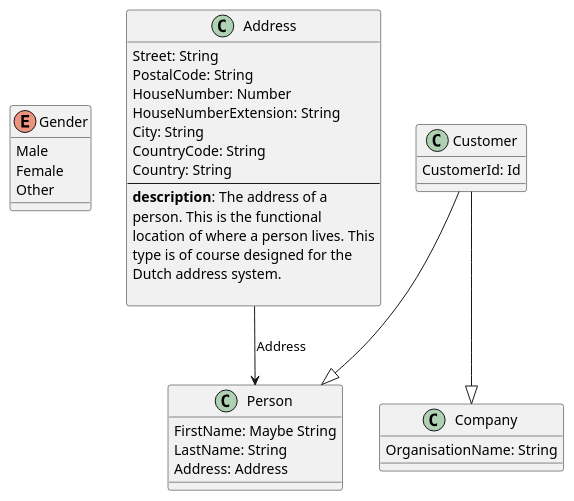
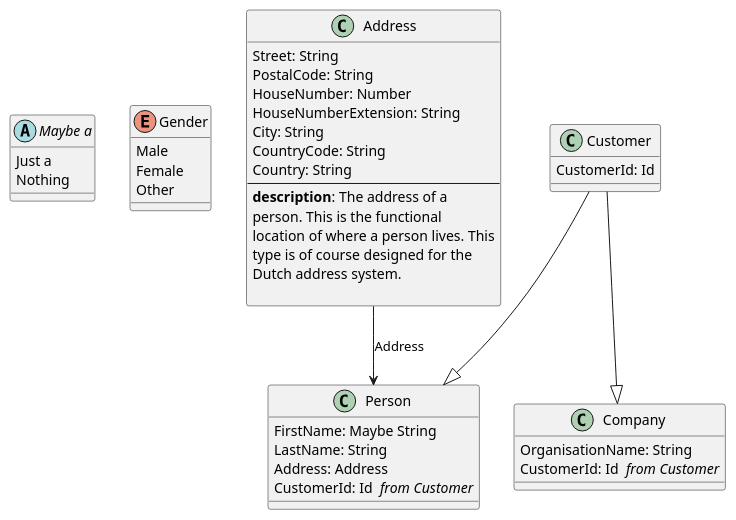
One commit to Baudin999/car-lang changed the diagram in Examples/.out/Customer/Customer.puml. Above: the diagram before and after it, drawn with PlantUML. The commit also changed 9 other files, not shown here.

```diff
--- a/Examples/.out/Customer/Customer.puml
+++ b/Examples/.out/Customer/Customer.puml
@@ -1,35 +1,41 @@
+abstract "Maybe a" as Maybe {
+	Just a
+	Nothing 
+}
 enum Gender {
 	Male
 	Female
 	Other
 }
 class "Address" as Address  {
 	Street: String 
 	PostalCode: String 
 	HouseNumber: Number 
 	HouseNumberExtension: String 
 	City: String 
 	CountryCode: String 
 	Country: String 
 --
   <b>description</b>: The address of a
  person. This is the functional
  location of where a person lives. This
  type is of course designed for the
  Dutch address system.
     
 }
 class "Person " as Person  {
 	FirstName: Maybe String
 	LastName: String 
 	Address: Address 
+	CustomerId: Id  <i>from Customer</i>
 }
 Address --> Person : Address
 Customer --|> Person
 class "Company " as Company  {
 	OrganisationName: String 
+	CustomerId: Id  <i>from Customer</i>
 }
 Customer --|> Company
 class "Customer" as Customer  {
 	CustomerId: Id 
 }
```
